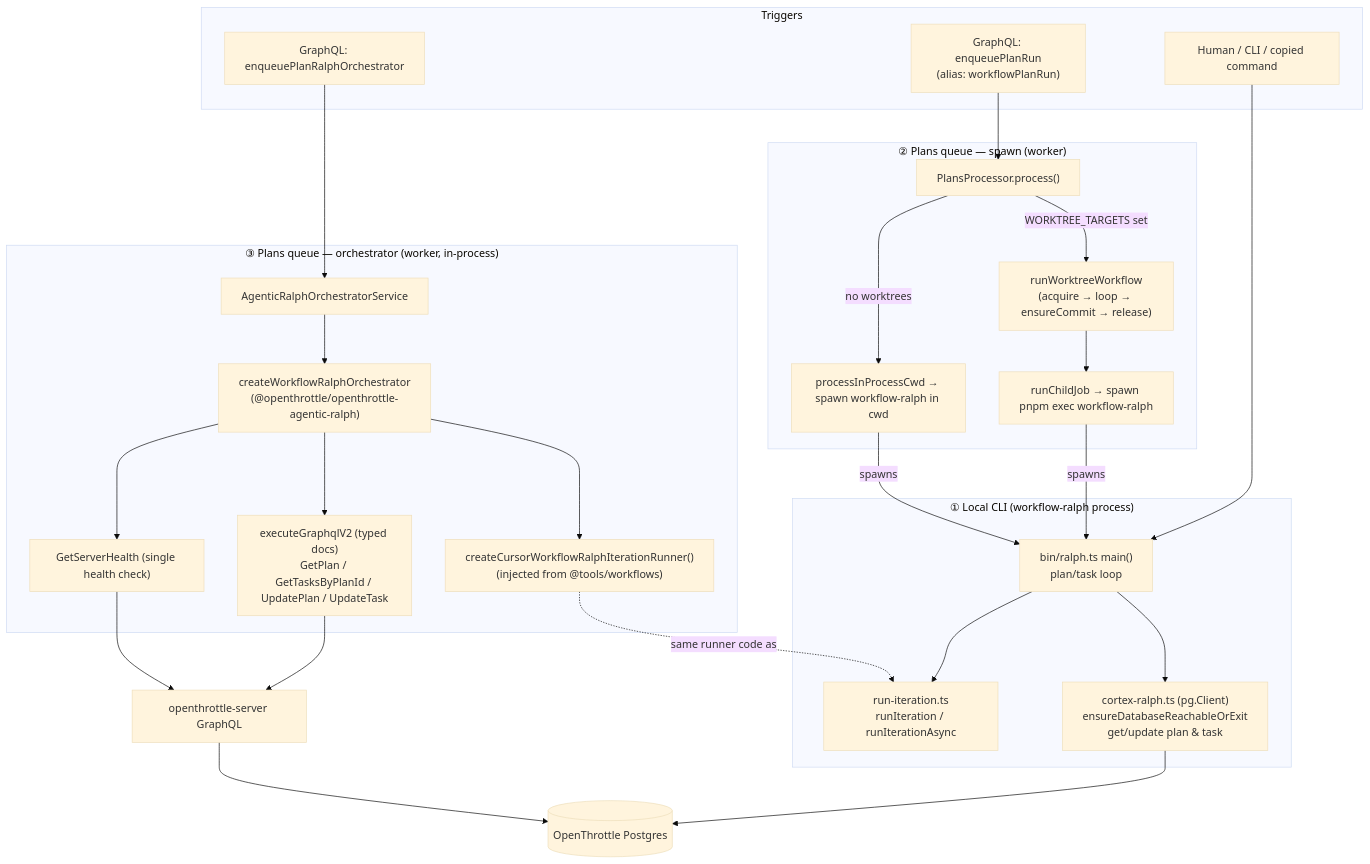
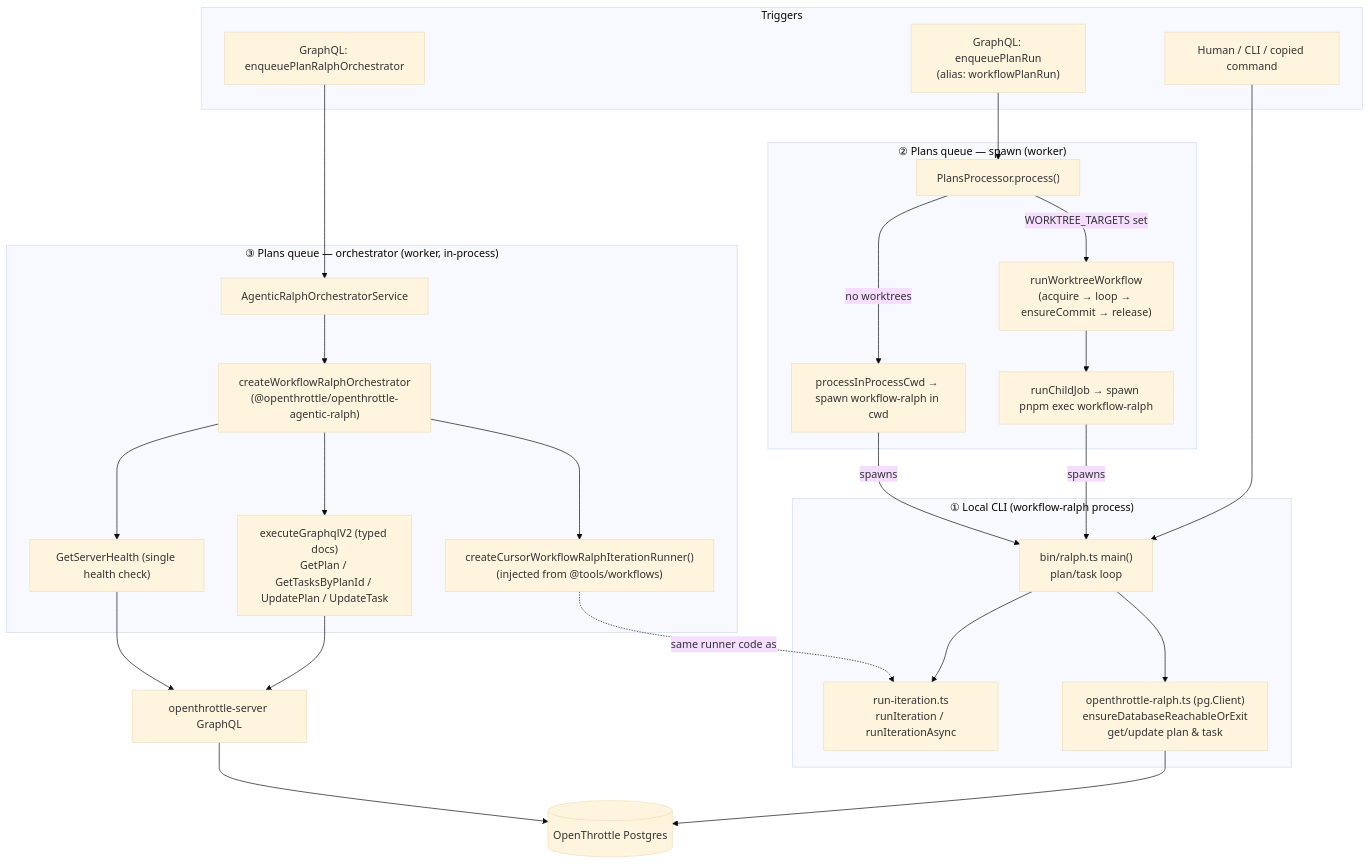
The first of 2 diagrams in docs/workflows/ralph-execution-paths-and-package-layering.md (OpenThrottle/monorepo), drawn with Mermaid (base theme) before and after one commit. The commit also changed other lines of this file and 178 other files, not shown here.

````diff
--- a/docs/workflows/ralph-execution-paths-and-package-layering.md
+++ b/docs/workflows/ralph-execution-paths-and-package-layering.md
@@ -33,50 +33,50 @@
 ```mermaid
 flowchart TD
     subgraph triggers["Triggers"]
         human["Human / CLI / copied command"]
         gqlSpawn["GraphQL: enqueuePlanRun\n(alias: workflowPlanRun)"]
         gqlOrch["GraphQL: enqueuePlanRalphOrchestrator"]
     end
 
     subgraph s1["① Local CLI (workflow-ralph process)"]
         ralphMain["bin/ralph.ts main()\nplan/task loop"]
         runIter["run-iteration.ts\nrunIteration / runIterationAsync"]
-        cortexCli["cortex-ralph.ts (pg.Client)\nensureDatabaseReachableOrExit\nget/update plan & task"]
+        openthrottleCli["openthrottle-ralph.ts (pg.Client)\nensureDatabaseReachableOrExit\nget/update plan & task"]
         ralphMain --> runIter
-        ralphMain --> cortexCli
+        ralphMain --> openthrottleCli
     end
 
     subgraph s2["② Plans queue — spawn (worker)"]
         plansProc["PlansProcessor.process()"]
         worktree["runWorktreeWorkflow\n(acquire → loop → ensureCommit → release)"]
         childJob["runChildJob → spawn pnpm exec workflow-ralph"]
         inProcCwd["processInProcessCwd → spawn workflow-ralph in cwd"]
         plansProc -->|WORKTREE_TARGETS set| worktree --> childJob
         plansProc -->|no worktrees| inProcCwd
     end
 
     subgraph s3["③ Plans queue — orchestrator (worker, in-process)"]
         orchSvc["AgenticRalphOrchestratorService"]
         orch["createWorkflowRalphOrchestrator\n(@openthrottle/openthrottle-agentic-ralph)"]
         gqlExec["executeGraphqlV2 (typed docs)\nGetPlan / GetTasksByPlanId / UpdatePlan / UpdateTask"]
         health["GetServerHealth (single health check)"]
         injRunner["createCursorWorkflowRalphIterationRunner()\n(injected from @tools/workflows)"]
         orchSvc --> orch
         orch --> gqlExec
         orch --> health
         orch --> injRunner
     end
 
     human --> ralphMain
     gqlSpawn --> plansProc
     gqlOrch --> orchSvc
 
     childJob -->|spawns| ralphMain
     inProcCwd -->|spawns| ralphMain
     injRunner -.->|same runner code as| runIter
 
-    cortexCli --> pg[("OpenThrottle Postgres")]
+    openthrottleCli --> pg[("OpenThrottle Postgres")]
     gqlExec --> server["openthrottle-server GraphQL"]
     health --> server
     server --> pg
 ```
````
